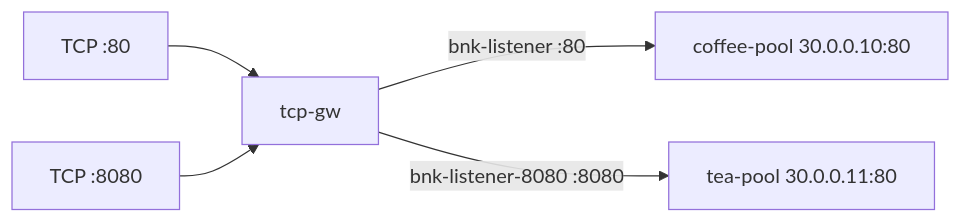
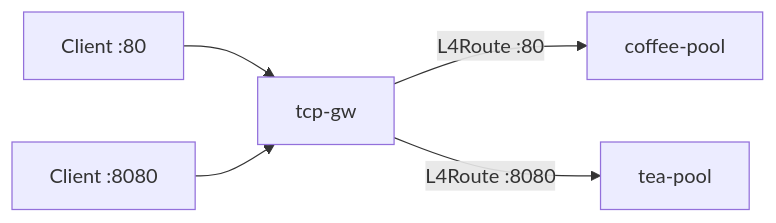
One commit to mink0119/2609_f5bnk changed the diagram in Advanced_Feature/3.16_TCPRoute_Listener/README.md. Above: the diagram before and after it, drawn with Mermaid. The commit also changed other lines of this file and 25 other files, not shown here.

````diff
--- a/Advanced_Feature/3.16_TCPRoute_Listener/README.md
+++ b/Advanced_Feature/3.16_TCPRoute_Listener/README.md
@@ -8,7 +7,7 @@
 ```mermaid
 flowchart LR
-  C80["TCP :80"] --> GW[tcp-gw]
-  C8080["TCP :8080"] --> GW
-  GW -->|bnk-listener :80| P1["coffee-pool 30.0.0.10:80"]
-  GW -->|bnk-listener-8080 :8080| P2["tea-pool 30.0.0.11:80"]
+  C80[Client :80] --> GW[tcp-gw]
+  C8080[Client :8080] --> GW
+  GW -->|L4Route :80| P1[coffee-pool]
+  GW -->|L4Route :8080| P2[tea-pool]
 ```
````
